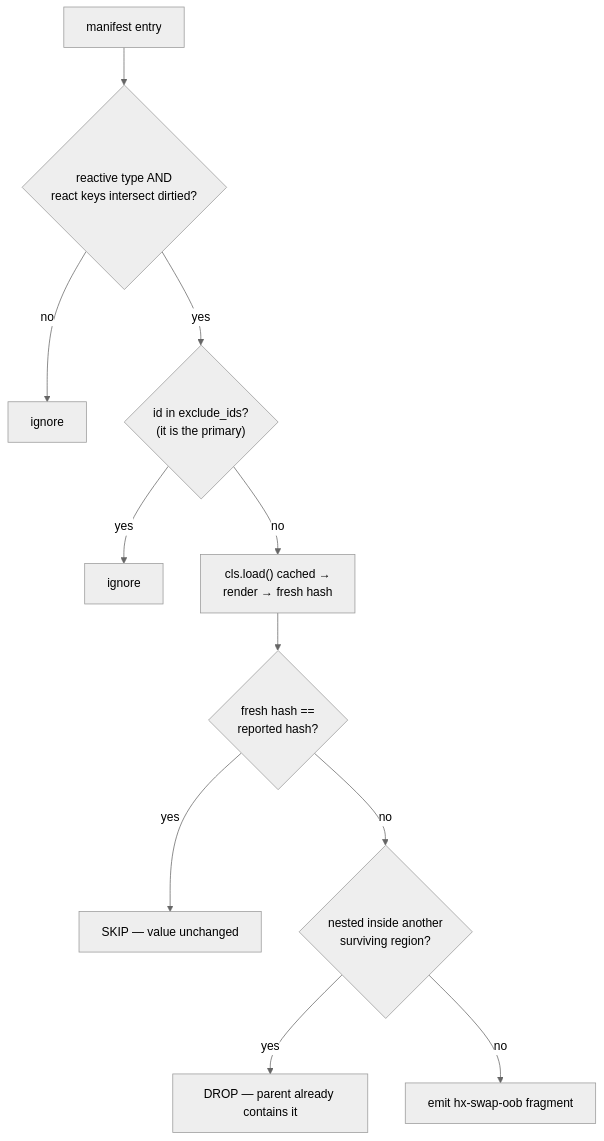
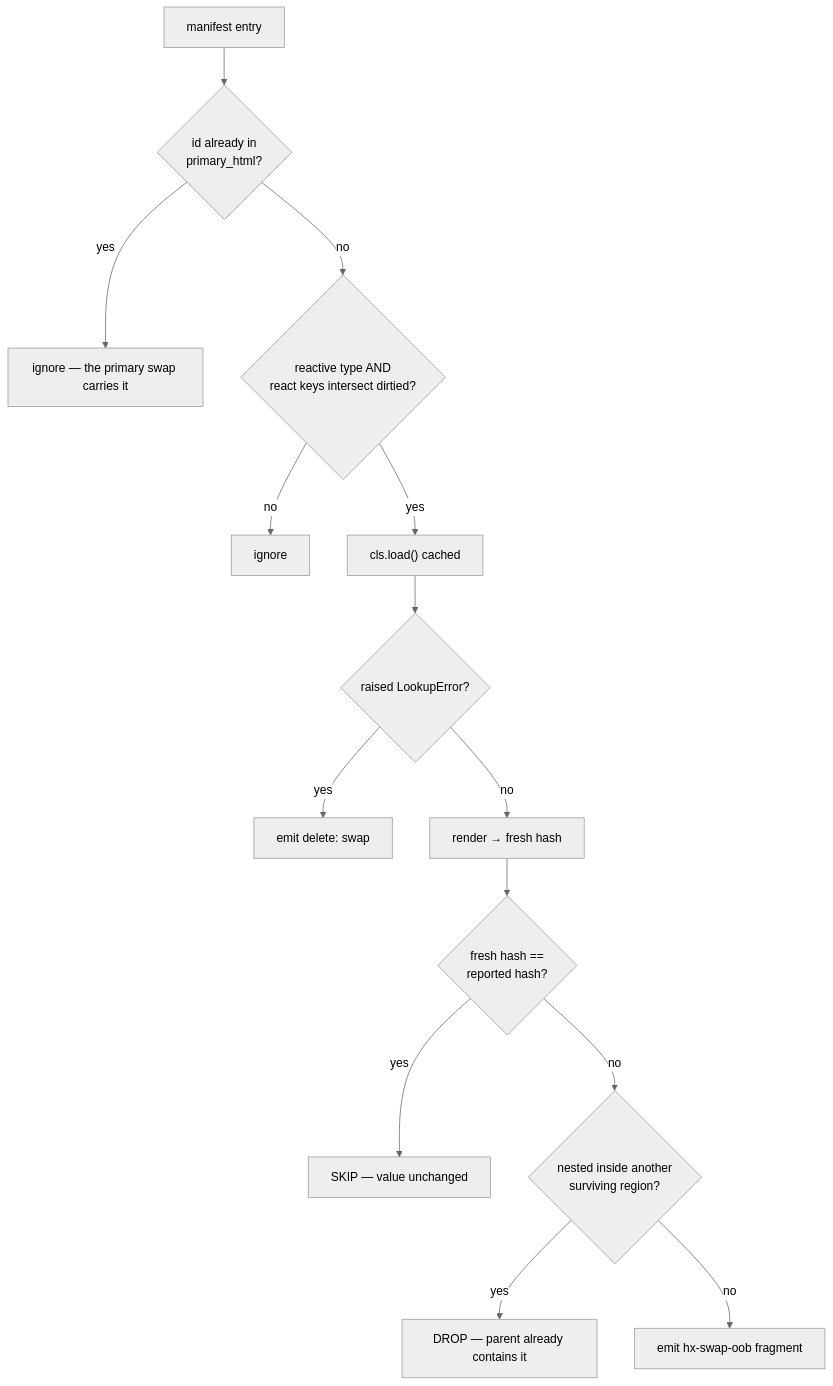
One commit to paulomtts/pyjinhx changed the second of 2 diagrams in docs/reactivity.md. Above: the diagram before and after it, drawn with Mermaid (neutral theme). The commit also changed other lines of this file and 27 other files, not shown here.

````diff
--- a/docs/reactivity.md
+++ b/docs/reactivity.md
@@ -659,13 +779,16 @@
 ```mermaid
 flowchart TD
-    M["manifest entry"] --> F{"reactive type AND<br/>react keys intersect dirtied?"}
+    M["manifest entry"] --> EX{"id already in<br/>primary_html?"}
+    EX -->|yes| X2["ignore — the primary swap carries it"]
+    EX -->|no| F{"reactive type AND<br/>react keys intersect dirtied?"}
     F -->|no| X1["ignore"]
-    F -->|yes| EX{"id in exclude_ids?<br/>(it is the primary)"}
-    EX -->|yes| X2["ignore"]
-    EX -->|no| LOAD["cls.load() cached →<br/>render → fresh hash"]
-    LOAD --> GATE{"fresh hash ==<br/>reported hash?"}
+    F -->|yes| LOAD["cls.load() cached"]
+    LOAD --> ERR{"raised LookupError?"}
+    ERR -->|yes| DEL["emit delete: swap"]
+    ERR -->|no| REN["render → fresh hash"]
+    REN --> GATE{"fresh hash ==<br/>reported hash?"}
     GATE -->|yes| X3["SKIP — value unchanged"]
     GATE -->|no| DED{"nested inside another<br/>surviving region?"}
     DED -->|yes| X4["DROP — parent already contains it"]
     DED -->|no| EMIT["emit hx-swap-oob fragment"]
 ```
````
